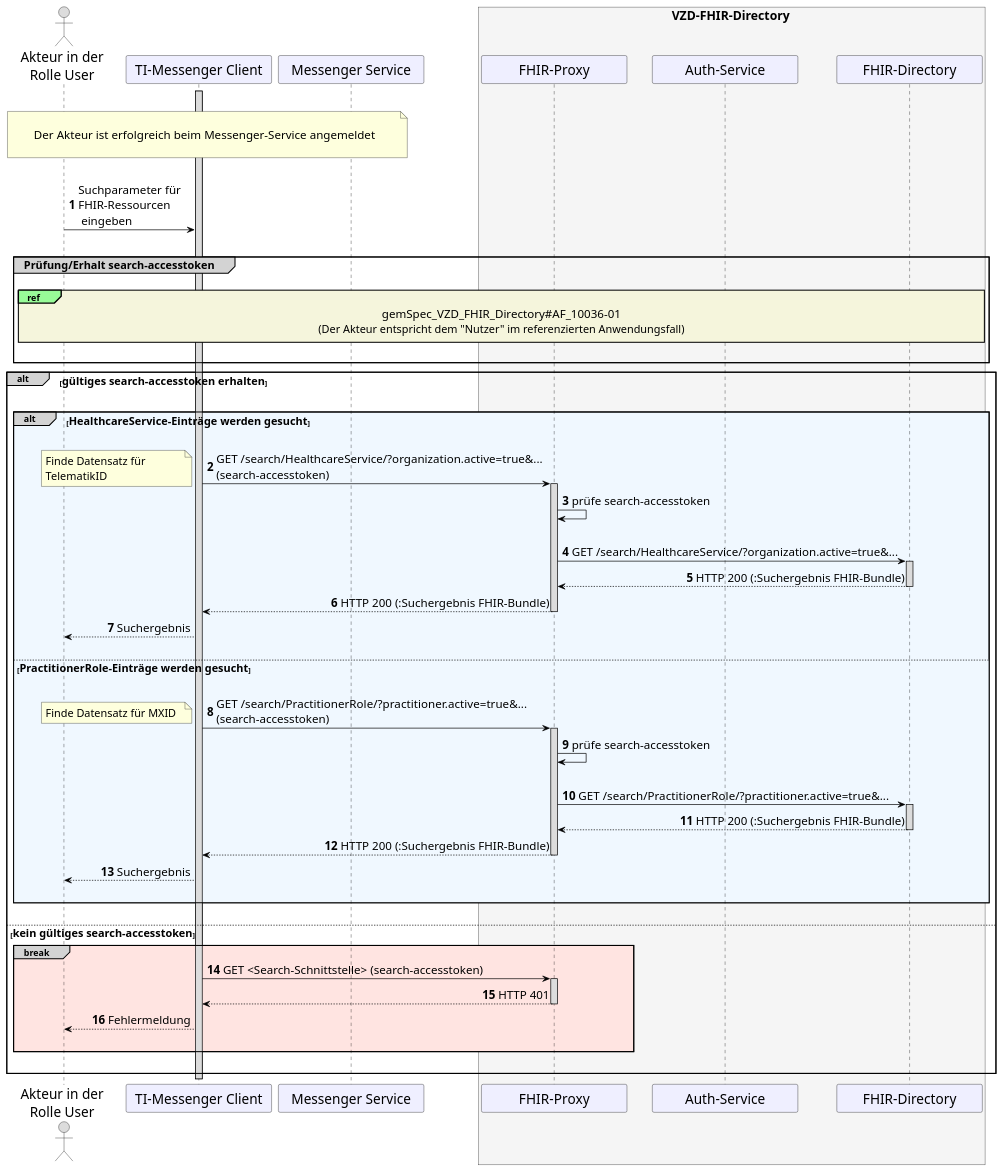
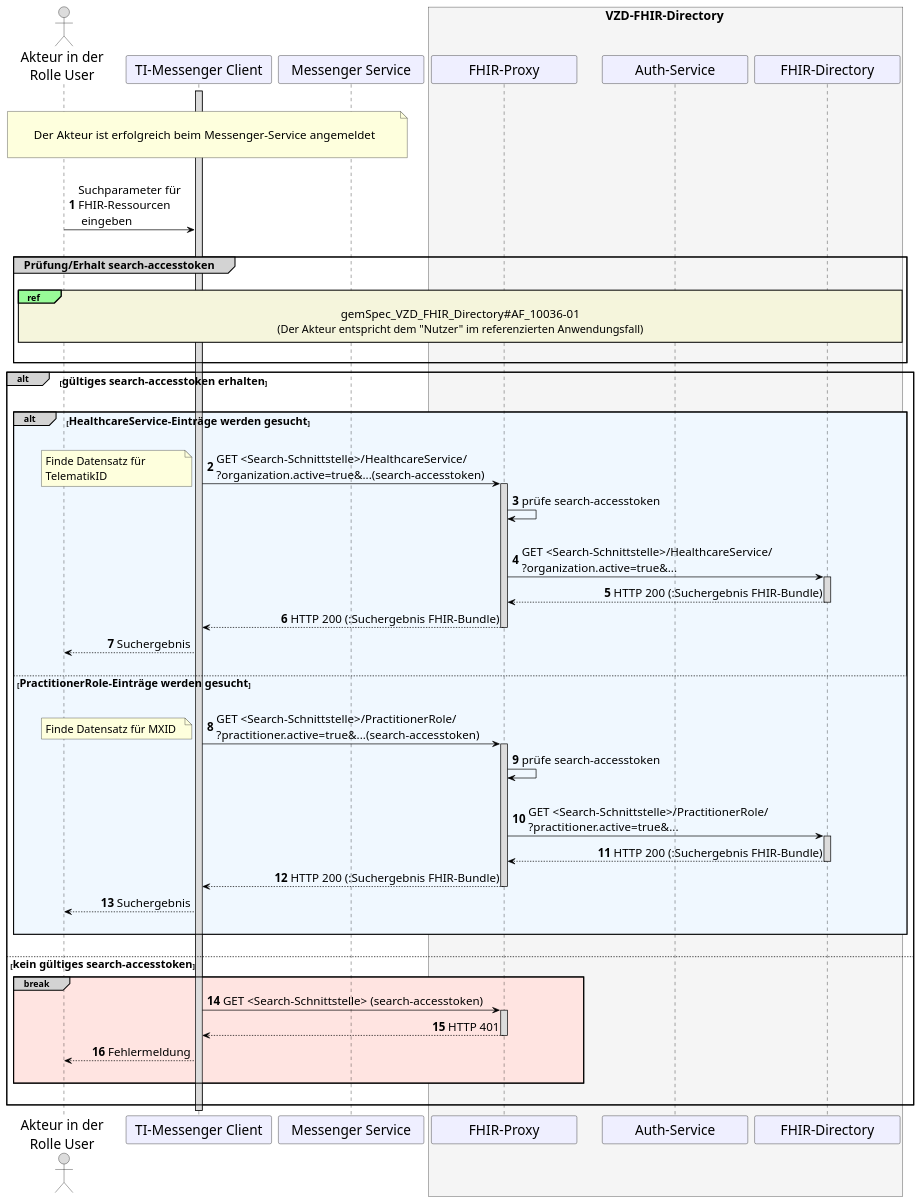
The diagram in src/images/TI-M_Basis/UC_10235_Seq.puml (gematik/api-ti-messenger), drawn with PlantUML before and after one commit.

Commit message:
Update image for TIM-1514

```diff
--- a/src/images/TI-M_Basis/UC_10235_Seq.puml
+++ b/src/images/TI-M_Basis/UC_10235_Seq.puml
@@ -1,104 +1,104 @@
 @startuml
 skinparam sequenceMessageAlign direction
 skinparam minClassWidth 200
 skinparam BoxPadding 1
 skinparam sequenceReferenceHeaderBackgroundColor palegreen
 skinparam sequenceReferenceBackgroundColor Beige
 scale max 2048 width
 
 skinparam sequence {
 ArrowColor black
 ArrowFontSize 17
 ActorBorderColor black
 LifeLineBorderColor black
 LifeLineBackgroundColor Gainsboro
 
 ParticipantBorderColor Motivation
 ParticipantBackgroundColor Motivation
 ParticipantFontSize 20
 ParticipantFontColor black
 ParticipantBorderColor Black
 ParticipantBackgroundColor MOTIVATION
 
 ActorBackgroundColor Gainsboro
 ActorFontColor black
 ActorFontSize 20
 }
 
 autonumber
 
 actor U as "Akteur in der\nRolle User"
 participant cl as "TI-Messenger Client"
 participant ms as "Messenger Service"
 box <size:18>VZD-FHIR-Directory</size> #WhiteSmoke
   participant fp as "FHIR-Proxy"
   participant au as "Auth-Service"
   participant fd as "FHIR-Directory"
 end box
 
 |||
 note over U, ms: \n<size:17>Der Akteur ist erfolgreich beim Messenger-Service angemeldet</size>\n
 |||
 activate cl
 U->cl:Suchparameter für \nFHIR-Ressourcen \n eingeben
 |||
 group#LightGrey <size:16>Prüfung/Erhalt search-accesstoken</size>
   |||
   ref over U, cl, ms, fp, au, fd
   <size:17>gemSpec_VZD_FHIR_Directory#AF_10036-01</size>
   <size:16>(Der Akteur entspricht dem "Nutzer" im referenzierten Anwendungsfall)</size>
   |||
   end ref
   |||
 end group
 
 alt#LightGrey <size:16>gültiges search-accesstoken erhalten</size>
 |||
   alt#LightGrey #AliceBlue <size:16>HealthcareService-Einträge werden gesucht</size>
     |||
-    cl->fp: GET /search/HealthcareService/?organization.active=true&...\n(search-accesstoken)
+    cl->fp: GET <Search-Schnittstelle>/HealthcareService/\n?organization.active=true&...(search-accesstoken)
     note left
     <size:16>Finde Datensatz für </size>
     <size:16>TelematikID</size>
     end note
     activate fp
     fp->fp: prüfe search-accesstoken
     |||
-    fp->fd: GET /search/HealthcareService/?organization.active=true&...
+    fp->fd: GET <Search-Schnittstelle>/HealthcareService/\n?organization.active=true&...
     activate fd
     fd-->fp: HTTP 200 (:Suchergebnis FHIR-Bundle)
       deactivate fd
     fp-->cl: HTTP 200 (:Suchergebnis FHIR-Bundle)
     deactivate fp
     cl-->U: Suchergebnis
     |||
   else <size:16>PractitionerRole-Einträge werden gesucht</size>
     |||
-    cl->fp: GET /search/PractitionerRole/?practitioner.active=true&...\n(search-accesstoken)
+    cl->fp: GET <Search-Schnittstelle>/PractitionerRole/\n?practitioner.active=true&...(search-accesstoken)
     note left
     <size:16>Finde Datensatz für MXID</size>
     end note
     activate fp
     fp->fp: prüfe search-accesstoken
     |||
-    fp->fd: GET /search/PractitionerRole/?practitioner.active=true&...
+    fp->fd: GET <Search-Schnittstelle>/PractitionerRole/\n?practitioner.active=true&...
     activate fd
     fd-->fp: HTTP 200 (:Suchergebnis FHIR-Bundle)
       deactivate fd
     fp-->cl: HTTP 200 (:Suchergebnis FHIR-Bundle)
     deactivate fp
     cl-->U: Suchergebnis
     |||
   end
 |||
 else <size:16>kein gültiges search-accesstoken</size>
   break#LightGrey #MistyRose
     cl->fp++: GET <Search-Schnittstelle> (search-accesstoken)
     fp-->cl--: HTTP 401
     cl-->U: Fehlermeldung
   |||
   end
 |||
 end
 
 @enduml
```
